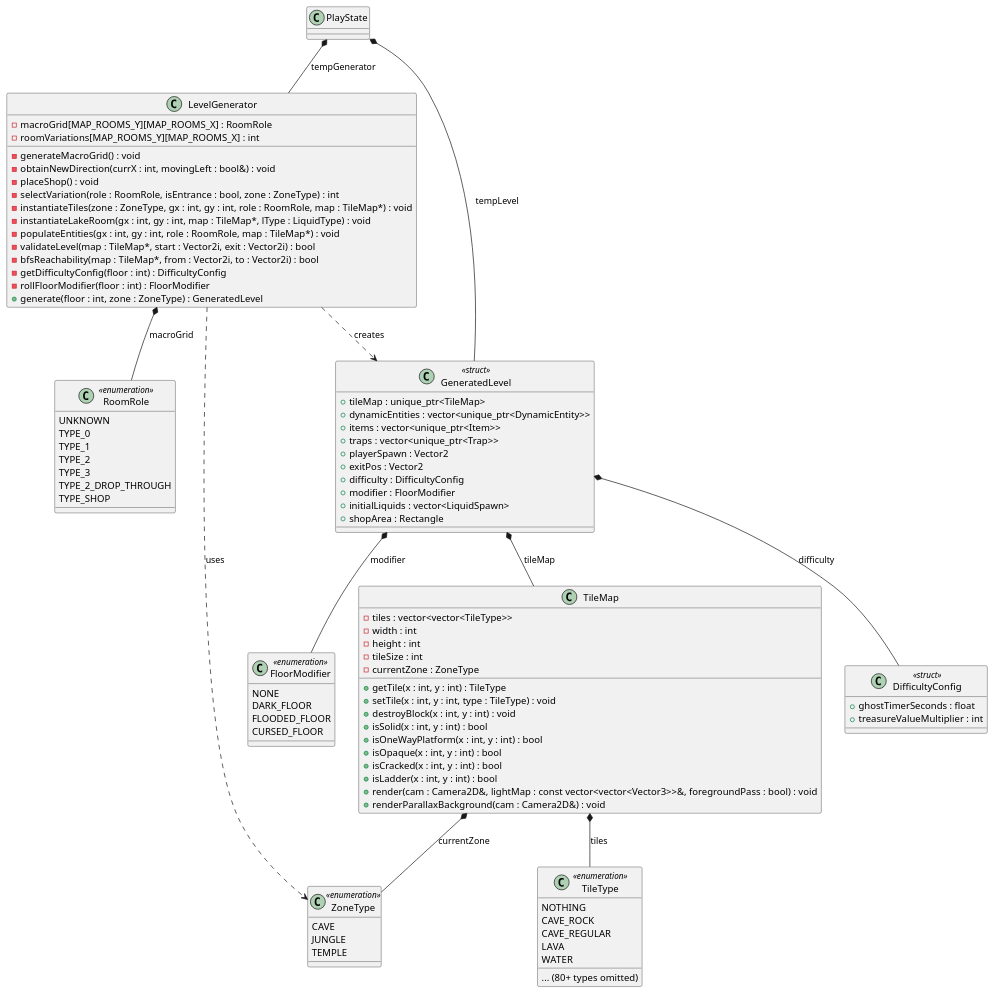
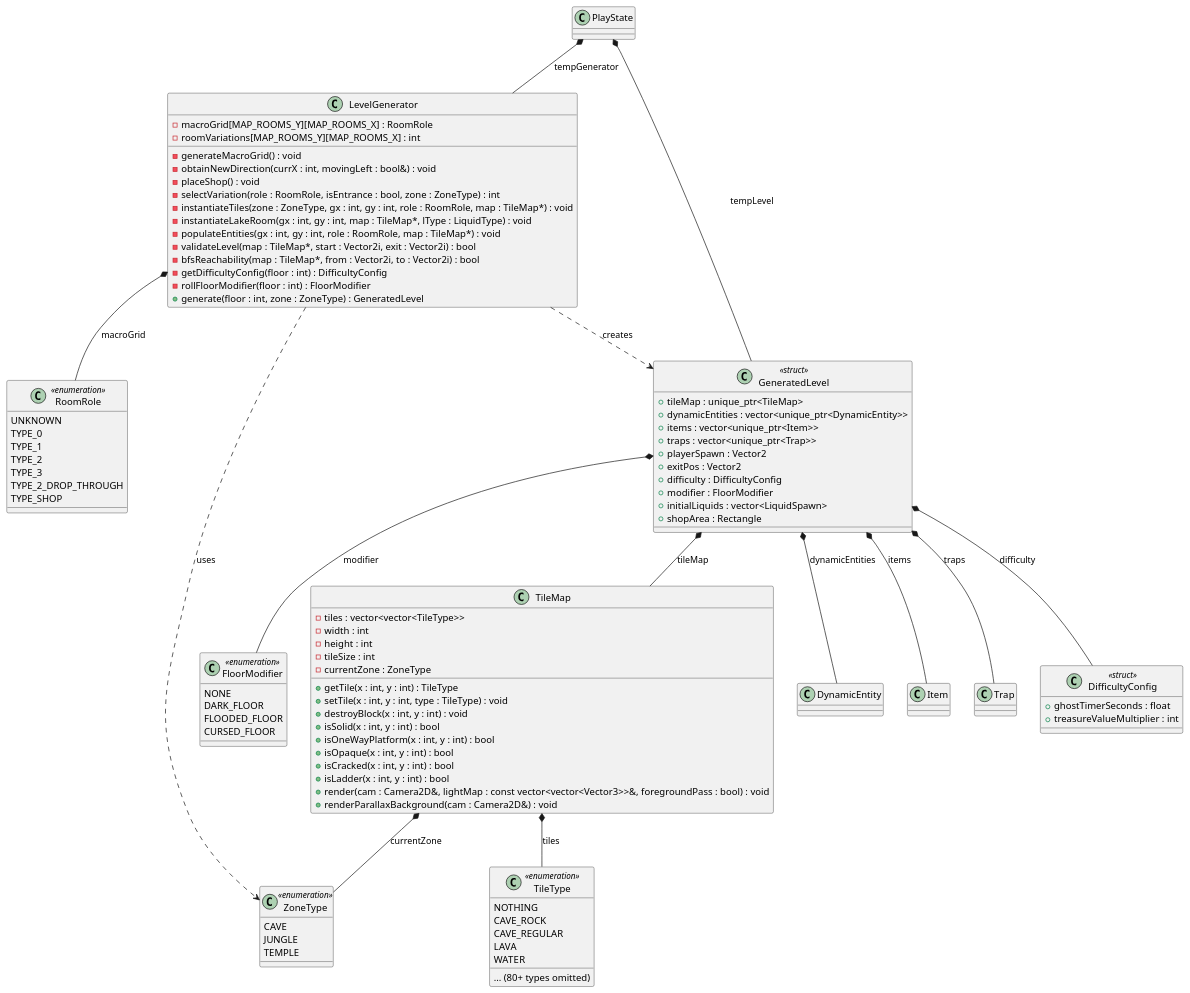
One commit to Gasmask-Chan/CS202-Cavern-Descent changed the diagram in class-diagram/levelGeneration.puml. Above: the diagram before and after it, drawn with PlantUML. The commit also changed 4 other files, not shown here.

Commit message:
feat: finish class diagram

```diff
--- a/class-diagram/levelGeneration.puml
+++ b/class-diagram/levelGeneration.puml
@@ -1,103 +1,107 @@
 @startuml
 
 class PlayState {
 
 }
 
 class LevelGenerator {
     -macroGrid[MAP_ROOMS_Y][MAP_ROOMS_X] : RoomRole
     -roomVariations[MAP_ROOMS_Y][MAP_ROOMS_X] : int
     -generateMacroGrid() : void
     -obtainNewDirection(currX : int, movingLeft : bool&) : void
     -placeShop() : void
     -selectVariation(role : RoomRole, isEntrance : bool, zone : ZoneType) : int
     -instantiateTiles(zone : ZoneType, gx : int, gy : int, role : RoomRole, map : TileMap*) : void
     -instantiateLakeRoom(gx : int, gy : int, map : TileMap*, lType : LiquidType) : void
     -populateEntities(gx : int, gy : int, role : RoomRole, map : TileMap*) : void
     -validateLevel(map : TileMap*, start : Vector2i, exit : Vector2i) : bool
     -bfsReachability(map : TileMap*, from : Vector2i, to : Vector2i) : bool
     -getDifficultyConfig(floor : int) : DifficultyConfig
     -rollFloorModifier(floor : int) : FloorModifier
     +generate(floor : int, zone : ZoneType) : GeneratedLevel
 }
 
 class GeneratedLevel <<struct>> {
     +tileMap : unique_ptr<TileMap>
     +dynamicEntities : vector<unique_ptr<DynamicEntity>>
     +items : vector<unique_ptr<Item>>
     +traps : vector<unique_ptr<Trap>>
     +playerSpawn : Vector2
     +exitPos : Vector2
     +difficulty : DifficultyConfig
     +modifier : FloorModifier
     +initialLiquids : vector<LiquidSpawn>
     +shopArea : Rectangle
 }
 
 class DifficultyConfig <<struct>> {
     +ghostTimerSeconds : float
     +treasureValueMultiplier : int
 }
 
 class FloorModifier <<enumeration>> {
     NONE
     DARK_FLOOR
     FLOODED_FLOOR
     CURSED_FLOOR
 }
 
 class RoomRole <<enumeration>> {
     UNKNOWN
     TYPE_0
     TYPE_1
     TYPE_2
     TYPE_3
     TYPE_2_DROP_THROUGH
     TYPE_SHOP
 }
 
 class ZoneType <<enumeration>> {
     CAVE
     JUNGLE
     TEMPLE
 }
 
 class TileType <<enumeration>> {
     NOTHING
     CAVE_ROCK
     CAVE_REGULAR
     ... (80+ types omitted)
     LAVA
     WATER
 }
 
 class TileMap {
     -tiles : vector<vector<TileType>>
     -width : int
     -height : int
     -tileSize : int
     -currentZone : ZoneType
     +getTile(x : int, y : int) : TileType
     +setTile(x : int, y : int, type : TileType) : void
     +destroyBlock(x : int, y : int) : void
     +isSolid(x : int, y : int) : bool
     +isOneWayPlatform(x : int, y : int) : bool
     +isOpaque(x : int, y : int) : bool
     +isCracked(x : int, y : int) : bool
     +isLadder(x : int, y : int) : bool
     +render(cam : Camera2D&, lightMap : const vector<vector<Vector3>>&, foregroundPass : bool) : void
     +renderParallaxBackground(cam : Camera2D&) : void
 }
 
 PlayState *-- LevelGenerator : tempGenerator
 PlayState *-- GeneratedLevel : tempLevel
 LevelGenerator ..> GeneratedLevel : creates
 LevelGenerator *-- RoomRole : macroGrid
 LevelGenerator ..> ZoneType : uses
 GeneratedLevel *-- TileMap : tileMap
 GeneratedLevel *-- DifficultyConfig : difficulty
 GeneratedLevel *-- FloorModifier : modifier
 TileMap *-- ZoneType : currentZone
 TileMap *-- TileType : tiles
 
+GeneratedLevel *-- DynamicEntity : dynamicEntities
+GeneratedLevel *-- Item : items
+GeneratedLevel *-- Trap : traps
+
 @enduml
```
